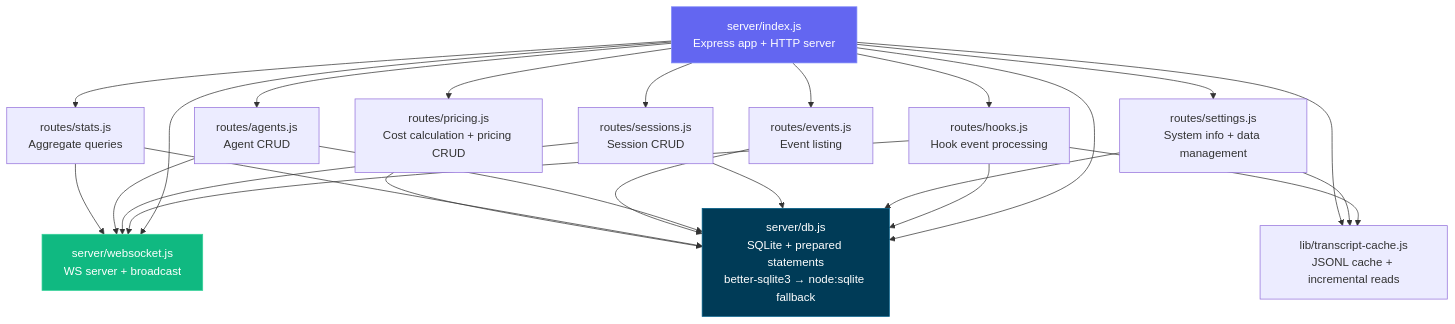
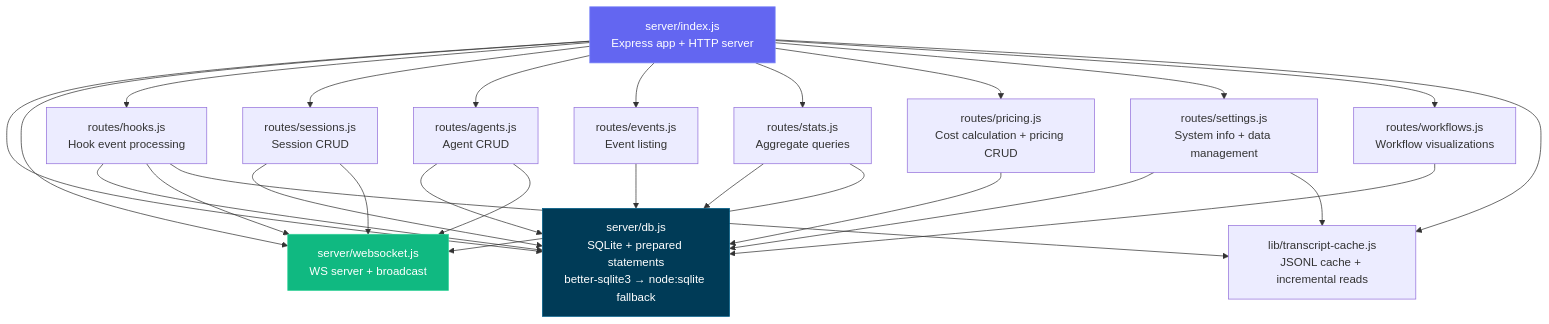
The fifth of 27 diagrams in ARCHITECTURE.md (StrainReviews/Claude-Code-Agent-Monitor), drawn with Mermaid before and after one commit. The commit also changed other lines of this file and 29 other files, not shown here.

````diff
--- a/ARCHITECTURE.md
+++ b/ARCHITECTURE.md
@@ -213,31 +214,33 @@
 ```mermaid
 graph TD
     INDEX[server/index.js<br/>Express app + HTTP server]
     DB[server/db.js<br/>SQLite + prepared statements<br/>better-sqlite3 → node:sqlite fallback]
     WS[server/websocket.js<br/>WS server + broadcast]
     HOOKS[routes/hooks.js<br/>Hook event processing]
     TC[lib/transcript-cache.js<br/>JSONL cache + incremental reads]
     SESSIONS[routes/sessions.js<br/>Session CRUD]
     AGENTS[routes/agents.js<br/>Agent CRUD]
     EVENTS[routes/events.js<br/>Event listing]
     STATS[routes/stats.js<br/>Aggregate queries]
     PRICING[routes/pricing.js<br/>Cost calculation + pricing CRUD]
     SETTINGS[routes/settings.js<br/>System info + data management]
+    WORKFLOWS[routes/workflows.js<br/>Workflow visualizations]
 
     INDEX --> DB
     INDEX --> WS
-    INDEX --> HOOKS & SESSIONS & AGENTS & EVENTS & STATS & PRICING & SETTINGS
+    INDEX --> HOOKS & SESSIONS & AGENTS & EVENTS & STATS & PRICING & SETTINGS & WORKFLOWS
 
     HOOKS --> DB & WS & TC
     SETTINGS --> DB & TC
     INDEX --> TC
     SESSIONS --> DB & WS
     AGENTS --> DB & WS
     EVENTS --> DB
     STATS --> DB & WS
     PRICING --> DB
+    WORKFLOWS --> DB
 
     style INDEX fill:#6366f1,stroke:#818cf8,color:#fff
     style DB fill:#003B57,stroke:#005f8a,color:#fff
     style WS fill:#10b981,stroke:#34d399,color:#fff
 ```
````
